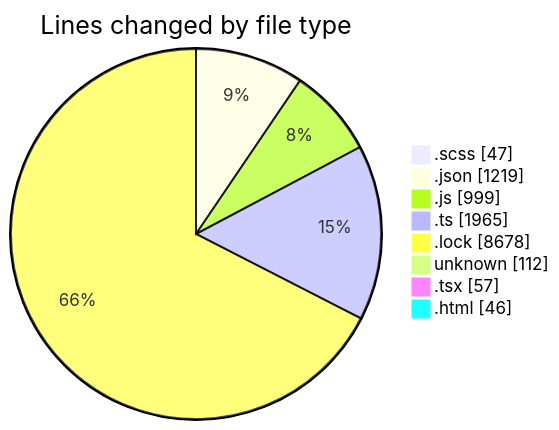
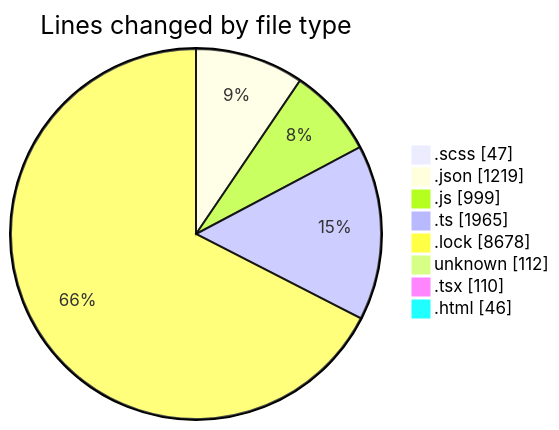
One commit to momahboobian/code-tracking changed the first of 2 diagrams in 2026-04-21/cda/README.md. Above: the diagram before and after it, drawn with Mermaid. The commit also changed other lines of this file and 1 other file, not shown here.

````diff
--- a/2026-04-21/cda/README.md
+++ b/2026-04-21/cda/README.md
@@ -50,12 +51,12 @@
 ```mermaid
 pie showData
 title Lines changed by file type
 ".scss" : 47
 ".json" : 1219
 ".js" : 999
 ".ts" : 1965
 ".lock" : 8678
 "unknown" : 112
-".tsx" : 57
+".tsx" : 110
 ".html" : 46
 ```
````
